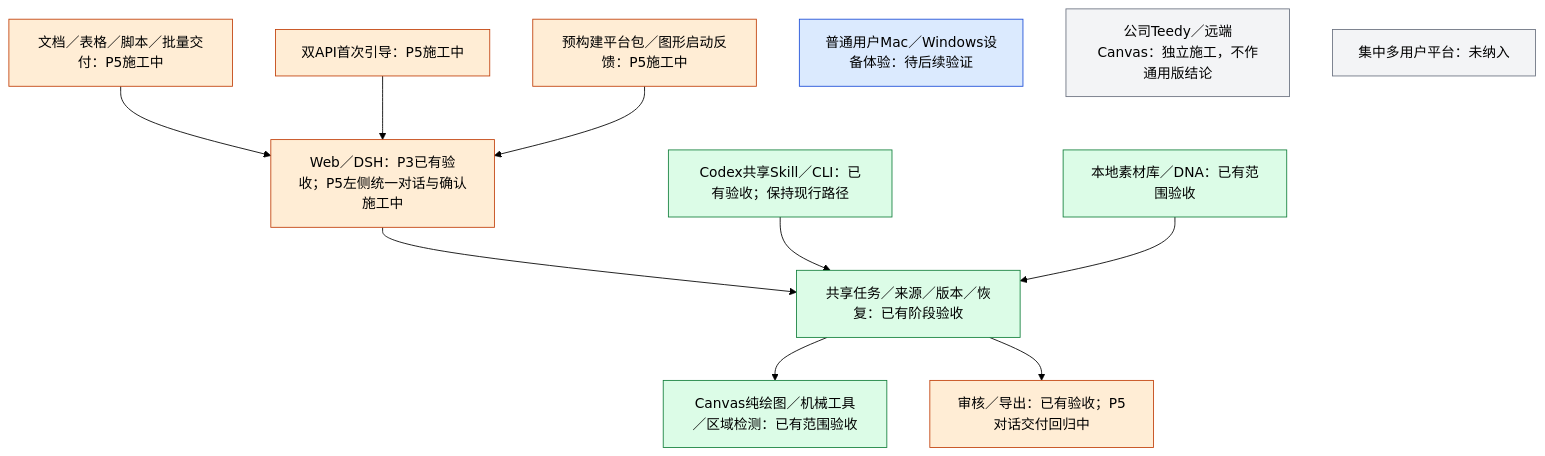
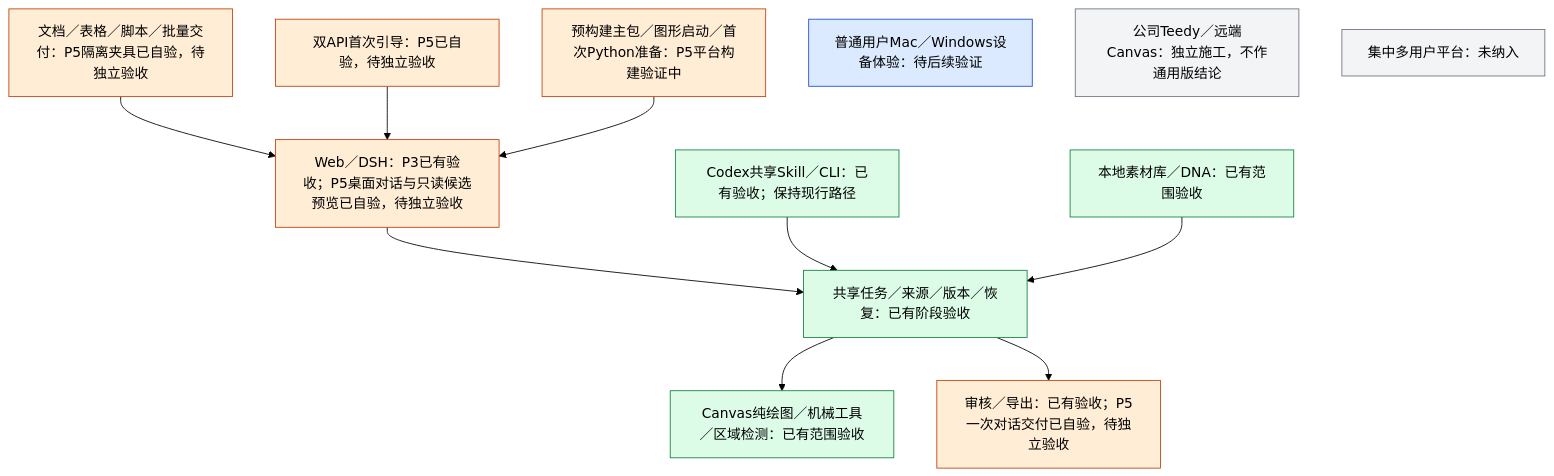
The first of 3 diagrams in docs/工程进度.md (akechi0819-lgtm/creative-Agent-studio), drawn with Mermaid (forest theme) before and after one commit. The commit also changed other lines of this file and 30 other files, not shown here.

Commit message:
P5: verify real desktop flow and prepare Python on first start

````diff
--- a/docs/工程进度.md
+++ b/docs/工程进度.md
@@ -7,22 +9,22 @@
 ```mermaid
 flowchart TB
-    WEB["Web／DSH：P3已有验收；P5左侧统一对话与确认施工中"] --> CORE["共享任务／来源／版本／恢复：已有阶段验收"]
+    WEB["Web／DSH：P3已有验收；P5桌面对话与只读候选预览已自验，待独立验收"] --> CORE["共享任务／来源／版本／恢复：已有阶段验收"]
     CODEX["Codex共享Skill／CLI：已有验收；保持现行路径"] --> CORE
     LIB["本地素材库／DNA：已有范围验收"] --> CORE
     CORE --> CANVAS["Canvas纯绘图／机械工具／区域检测：已有范围验收"]
-    CORE --> EXPORT["审核／导出：已有验收；P5对话交付回归中"]
-    TOOLS["文档／表格／脚本／批量交付：P5施工中"] --> WEB
-    SETUP["双API首次引导：P5施工中"] --> WEB
-    DIST["预构建平台包／图形启动反馈：P5施工中"] --> WEB
+    CORE --> EXPORT["审核／导出：已有验收；P5一次对话交付已自验，待独立验收"]
+    TOOLS["文档／表格／脚本／批量交付：P5隔离夹具已自验，待独立验收"] --> WEB
+    SETUP["双API首次引导：P5已自验，待独立验收"] --> WEB
+    DIST["预构建主包／图形启动／首次Python准备：P5平台构建验证中"] --> WEB
     NEXT["普通用户Mac／Windows设备体验：待后续验证"]
     COMPANY["公司Teedy／远端Canvas：独立施工，不作通用版结论"]
     FUTURE["集中多用户平台：未纳入"]
     classDef done fill:#dcfce7,stroke:#15803d;
     classDef current fill:#ffedd5,stroke:#c2410c;
     classDef next fill:#dbeafe,stroke:#1d4ed8;
     classDef later fill:#f3f4f6,stroke:#6b7280;
     class CORE,CODEX,LIB,CANVAS done;
     class WEB,EXPORT,TOOLS,SETUP,DIST current;
     class NEXT next;
     class COMPANY,FUTURE later;
 ```
````
